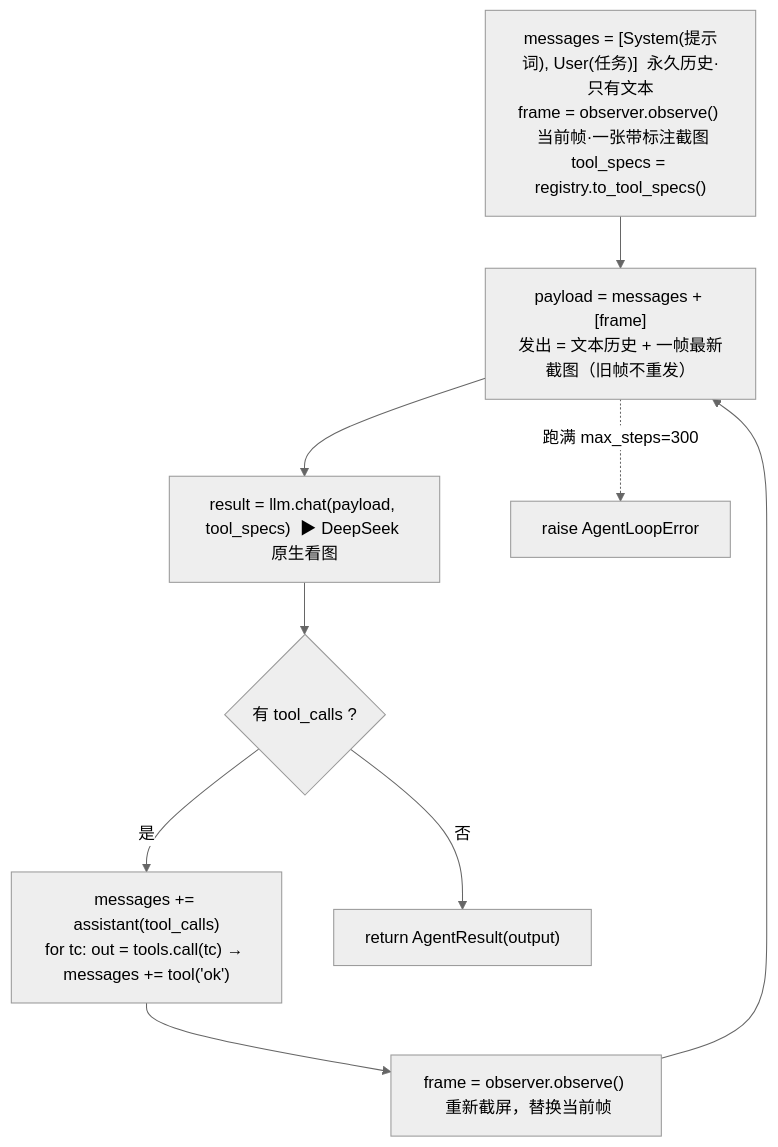
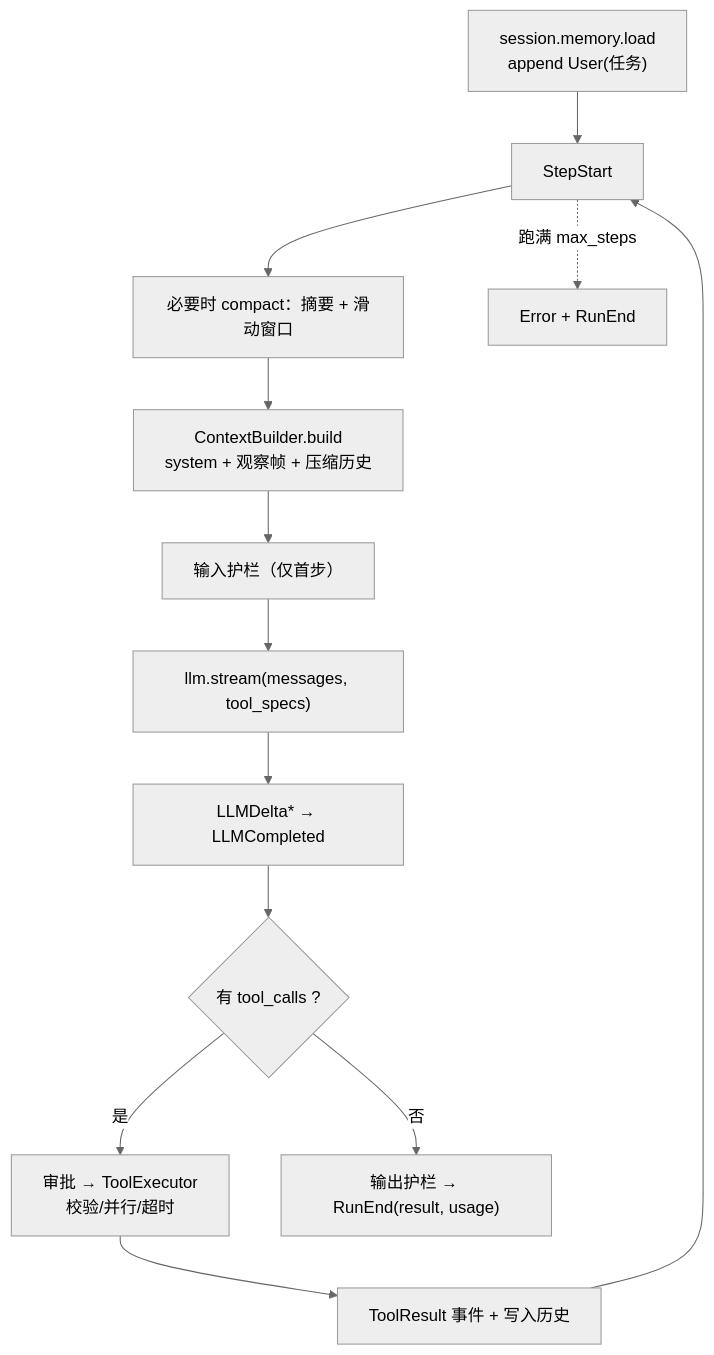
One commit to bluesky1024/fm_agent_frame changed the second of 3 diagrams in docs/minesweeper-agent-flow.md. Above: the diagram before and after it, drawn with Mermaid (neutral theme). The commit also changed other lines of this file and 12 other files, not shown here.

````diff
--- a/docs/minesweeper-agent-flow.md
+++ b/docs/minesweeper-agent-flow.md
@@ -57,11 +43,15 @@
 ```mermaid
 flowchart TD
-    INIT["messages = [System(提示词), User(任务)]  永久历史·只有文本<br/>frame = observer.observe()  当前帧·一张带标注截图<br/>tool_specs = registry.to_tool_specs()"] --> LOOP
-    LOOP["payload = messages + [frame]<br/>发出 = 文本历史 + 一帧最新截图（旧帧不重发）"] --> CHAT
-    CHAT["result = llm.chat(payload, tool_specs)  ▶ DeepSeek 原生看图"] --> BRANCH{有 tool_calls ?}
-    BRANCH -- 是 --> EXEC["messages += assistant(tool_calls)<br/>for tc: out = tools.call(tc) → messages += tool('ok')"]
-    EXEC --> REFRAME["frame = observer.observe()  重新截屏，替换当前帧"]
-    REFRAME --> LOOP
-    BRANCH -- 否 --> DONE["return AgentResult(output)"]
-    LOOP -. 跑满 max_steps=300 .-> ERR["raise AgentLoopError"]
+    INIT["session.memory.load<br/>append User(任务)"] --> STEP
+    STEP["StepStart"] --> COMPACT["必要时 compact：摘要 + 滑动窗口"]
+    COMPACT --> BUILD["ContextBuilder.build<br/>system + 观察帧 + 压缩历史"]
+    BUILD --> GUARD["输入护栏（仅首步）"]
+    GUARD --> STREAM["llm.stream(messages, tool_specs)"]
+    STREAM --> DELTA["LLMDelta* → LLMCompleted"]
+    DELTA --> HAS{有 tool_calls ?}
+    HAS -- 是 --> APPROVE["审批 → ToolExecutor<br/>校验/并行/超时"]
+    APPROVE --> TOOLMSG["ToolResult 事件 + 写入历史"]
+    TOOLMSG --> STEP
+    HAS -- 否 --> OUT["输出护栏 → RunEnd(result, usage)"]
+    STEP -. 跑满 max_steps .-> ERR["Error + RunEnd"]
 ```
````
